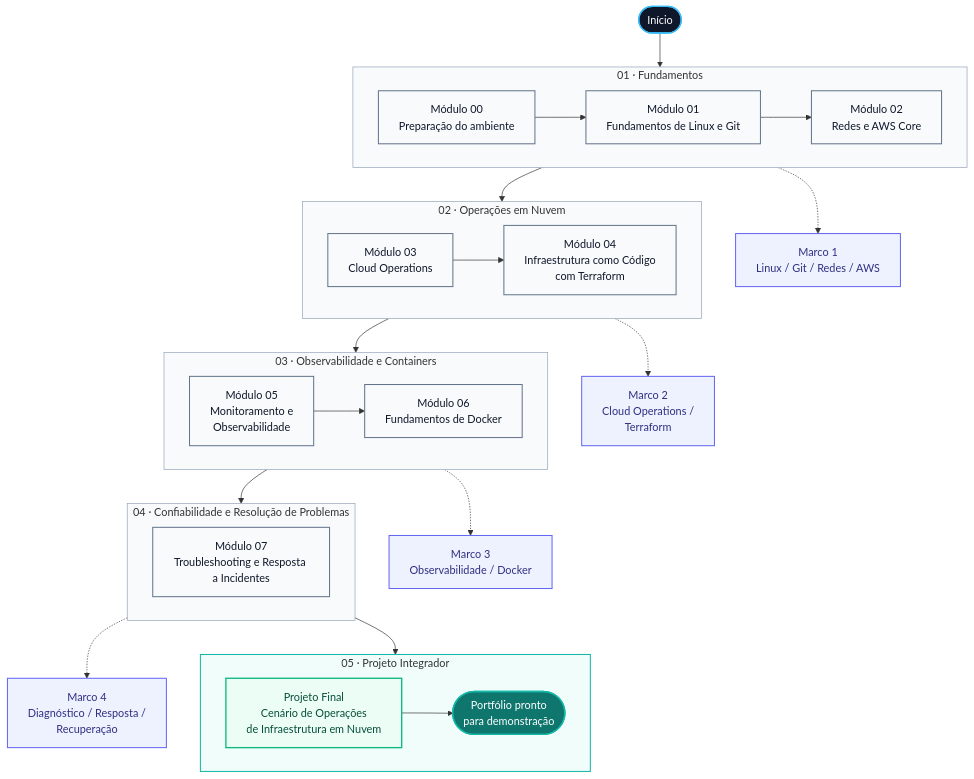
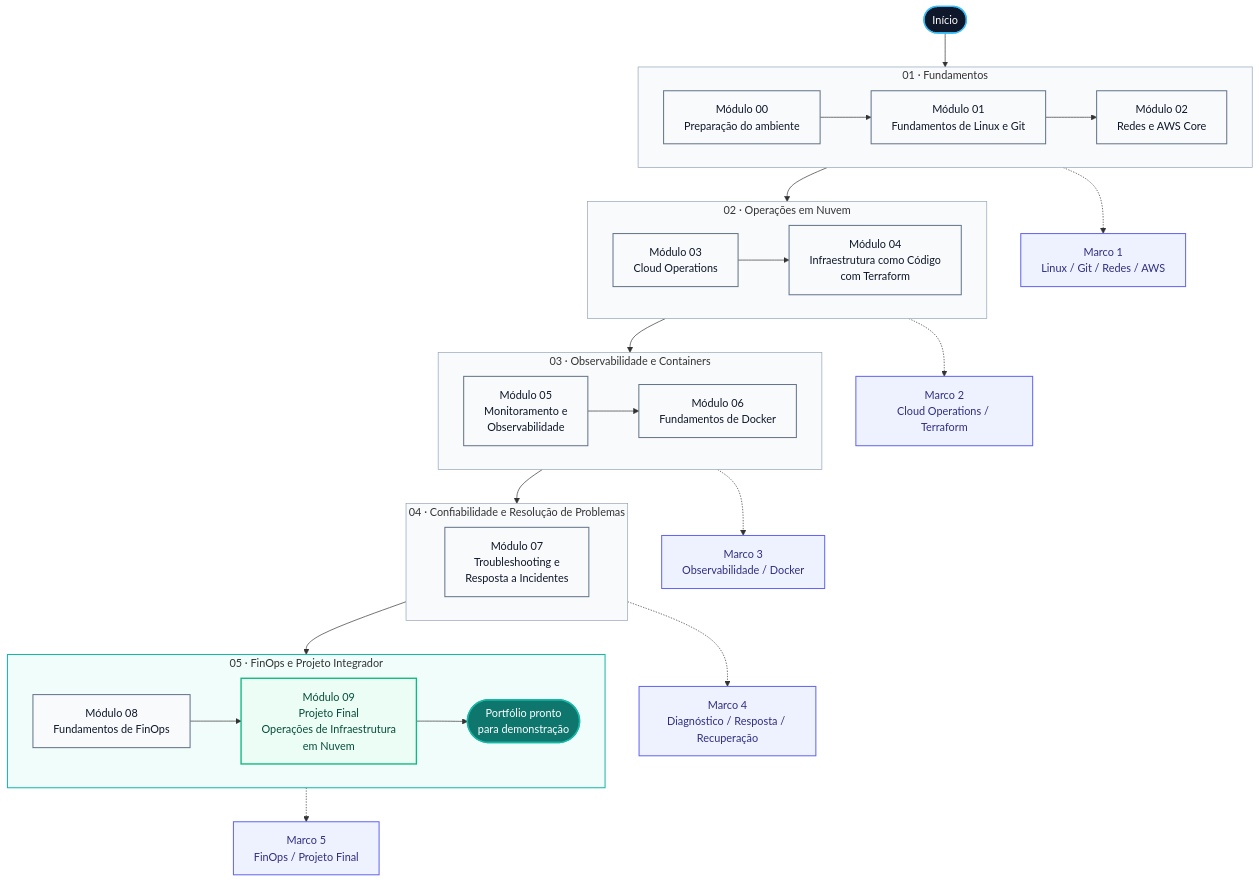
The diagram in README.md (itamarsb/cloud-infrastructure-operations-lab), drawn with Mermaid before and after one commit.

````diff
--- a/README.md
+++ b/README.md
@@ -53,72 +53,81 @@
 ```mermaid
 flowchart TB
     START([Início])
 
     subgraph F1["01 · Fundamentos"]
         direction LR
         M00["Módulo 00<br/>Preparação do ambiente"]
         M01["Módulo 01<br/>Fundamentos de Linux e Git"]
         M02["Módulo 02<br/>Redes e AWS Core"]
-        M00 --> M01 --> M02
+
+        M00 --> M01
+        M01 --> M02
     end
 
     subgraph F2["02 · Operações em Nuvem"]
         direction LR
         M03["Módulo 03<br/>Cloud Operations"]
         M04["Módulo 04<br/>Infraestrutura como Código<br/>com Terraform"]
+
         M03 --> M04
     end
 
     subgraph F3["03 · Observabilidade e Containers"]
         direction LR
         M05["Módulo 05<br/>Monitoramento e<br/>Observabilidade"]
         M06["Módulo 06<br/>Fundamentos de Docker"]
+
         M05 --> M06
     end
 
     subgraph F4["04 · Confiabilidade e Resolução de Problemas"]
         direction LR
-        M07["Módulo 07<br/>Troubleshooting e Resposta a Incidentes"]
+        M07["Módulo 07<br/>Troubleshooting e<br/>Resposta a Incidentes"]
     end
 
-    subgraph F5["05 · Projeto Integrador"]
+    subgraph F5["05 · FinOps e Projeto Integrador"]
         direction LR
-        M08["Projeto Final<br/>Cenário de Operações<br/>de Infraestrutura em Nuvem"]
+        M08["Módulo 08<br/>Fundamentos de FinOps"]
+        M09["Módulo 09<br/>Projeto Final<br/>Operações de Infraestrutura<br/>em Nuvem"]
         DONE([Portfólio pronto<br/>para demonstração])
-        M08 --> DONE
+
+        M08 --> M09
+        M09 --> DONE
     end
 
     START --> M00
     M02 --> M03
     M04 --> M05
     M06 --> M07
     M07 --> M08
 
     C1["Marco 1<br/>Linux / Git / Redes / AWS"]
-    C2["Marco 2<br/>Cloud Operations /<br/>Terraform"]
+    C2["Marco 2<br/>Cloud Operations / Terraform"]
     C3["Marco 3<br/>Observabilidade / Docker"]
-    C4["Marco 4<br/>Diagnóstico / Resposta /<br/>Recuperação"]
+    C4["Marco 4<br/>Diagnóstico / Resposta / Recuperação"]
+    C5["Marco 5<br/>FinOps / Projeto Final"]
 
     M02 -.-> C1
     M04 -.-> C2
     M06 -.-> C3
     M07 -.-> C4
+    M09 -.-> C5
 
-    classDef start fill:#0f172a,stroke:#38bdf8,color:#ffffff,stroke-width:2px;
-    classDef module fill:#f8fafc,stroke:#64748b,color:#0f172a,stroke-width:1.5px;
-    classDef milestone fill:#eef2ff,stroke:#6366f1,color:#312e81,stroke-width:1.5px;
-    classDef final fill:#ecfdf5,stroke:#10b981,color:#064e3b,stroke-width:2px;
-    classDef finish fill:#0f766e,stroke:#14b8a6,color:#ffffff,stroke-width:2px;
+    classDef start fill:#0f172a,stroke:#38bdf8,color:#ffffff,stroke-width:2px
+    classDef module fill:#f8fafc,stroke:#64748b,color:#0f172a,stroke-width:1.5px
+    classDef milestone fill:#eef2ff,stroke:#6366f1,color:#312e81,stroke-width:1.5px
+    classDef final fill:#ecfdf5,stroke:#10b981,color:#064e3b,stroke-width:2px
+    classDef finish fill:#0f766e,stroke:#14b8a6,color:#ffffff,stroke-width:2px
 
-    class START start;
-    class M00,M01,M02,M03,M04,M05,M06,M07 module;
-    class C1,C2,C3,C4 milestone;
-    class M08 final;
-    class DONE finish;
+    class START start
+    class M00,M01,M02,M03,M04,M05,M06,M07,M08 module
+    class C1,C2,C3,C4,C5 milestone
+    class M09 final
+    class DONE finish
 
     style F1 fill:#f8fafc,stroke:#94a3b8,stroke-width:1px
     style F2 fill:#f8fafc,stroke:#94a3b8,stroke-width:1px
     style F3 fill:#f8fafc,stroke:#94a3b8,stroke-width:1px
     style F4 fill:#f8fafc,stroke:#94a3b8,stroke-width:1px
     style F5 fill:#f0fdfa,stroke:#14b8a6,stroke-width:1.5px
 ```
````
